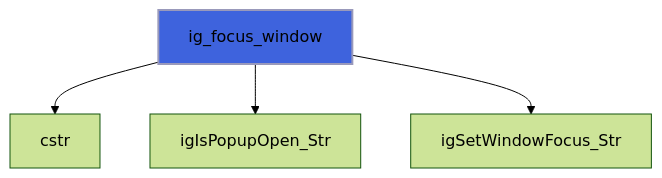
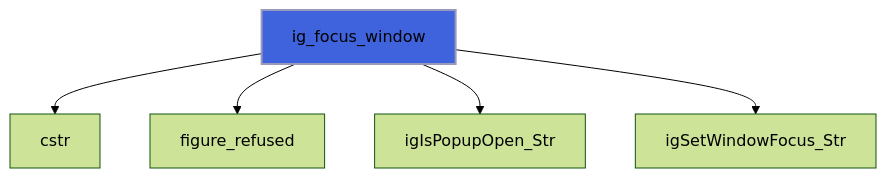
Before and after one commit to szaghi/figure: diagram 22 of 39 in docs/api/src/lib/figure_imgui.md, drawn with Mermaid (forest theme). The commit also changed other lines of this file and 10 other files, not shown here.

````diff
--- a/docs/api/src/lib/figure_imgui.md
+++ b/docs/api/src/lib/figure_imgui.md
@@ -641,7 +687,8 @@
 ```mermaid
 flowchart TD
   ig_focus_window["ig_focus_window"] --> cstr["cstr"]
+  ig_focus_window["ig_focus_window"] --> figure_refused["figure_refused"]
   ig_focus_window["ig_focus_window"] --> igIsPopupOpen_Str["igIsPopupOpen_Str"]
   ig_focus_window["ig_focus_window"] --> igSetWindowFocus_Str["igSetWindowFocus_Str"]
   style ig_focus_window fill:#3e63dd,stroke:#99b,stroke-width:2px
 ```
````
